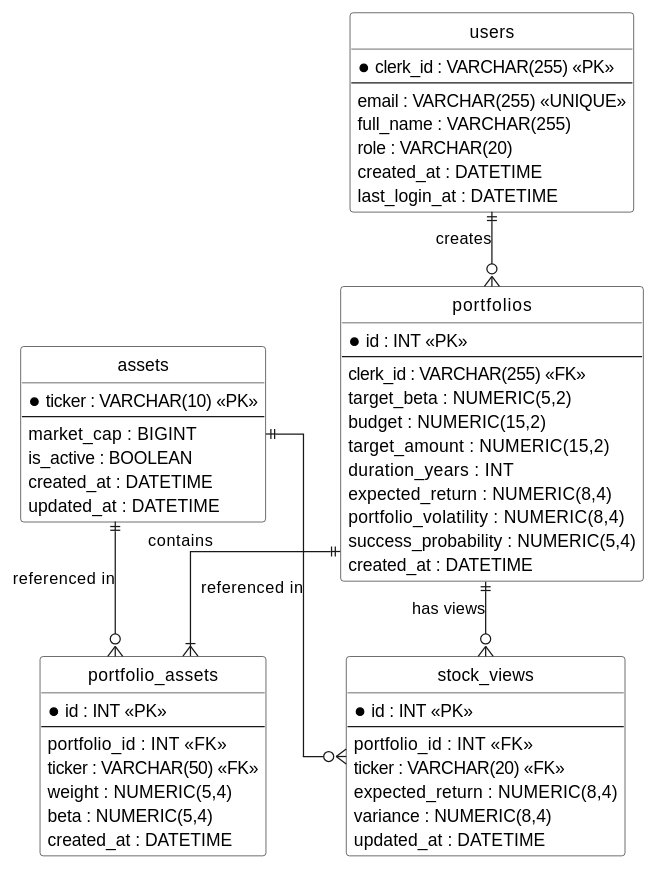
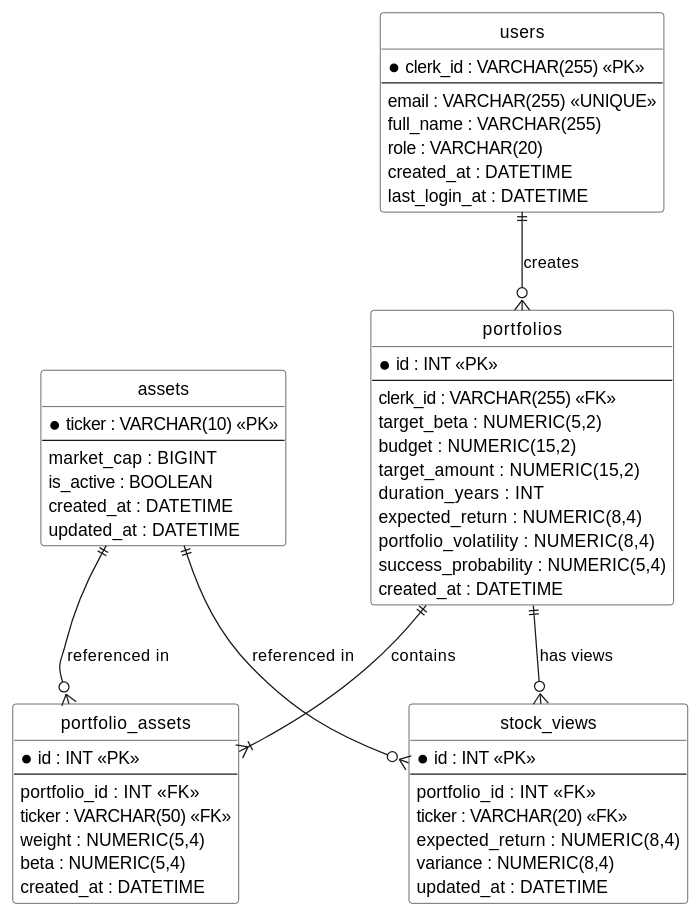
One commit to Anatta-at/my-portfolio-app changed the diagram in docs/diagrams/plantuml_source/plantuml_er_diagram.md. Above: the diagram before and after it, drawn with PlantUML. The commit also changed 3 other files, not shown here.

Commit message:
docs: Fix ER Diagram layouts (remove ortho, fix Chen's direction) for cleaner PNG rendering

```diff
--- a/docs/diagrams/plantuml_source/plantuml_er_diagram.md
+++ b/docs/diagrams/plantuml_source/plantuml_er_diagram.md
@@ -15,7 +15,7 @@
 
 ' ตั้งค่าสไตล์ของ ER Diagram ให้เป็น Crow's Foot
 hide circle
-skinparam linetype ortho
+' skinparam linetype ortho (Removed for better Smetana rendering)
 skinparam monochrome true
 skinparam shadowing false
 skinparam nodesep 60
```
